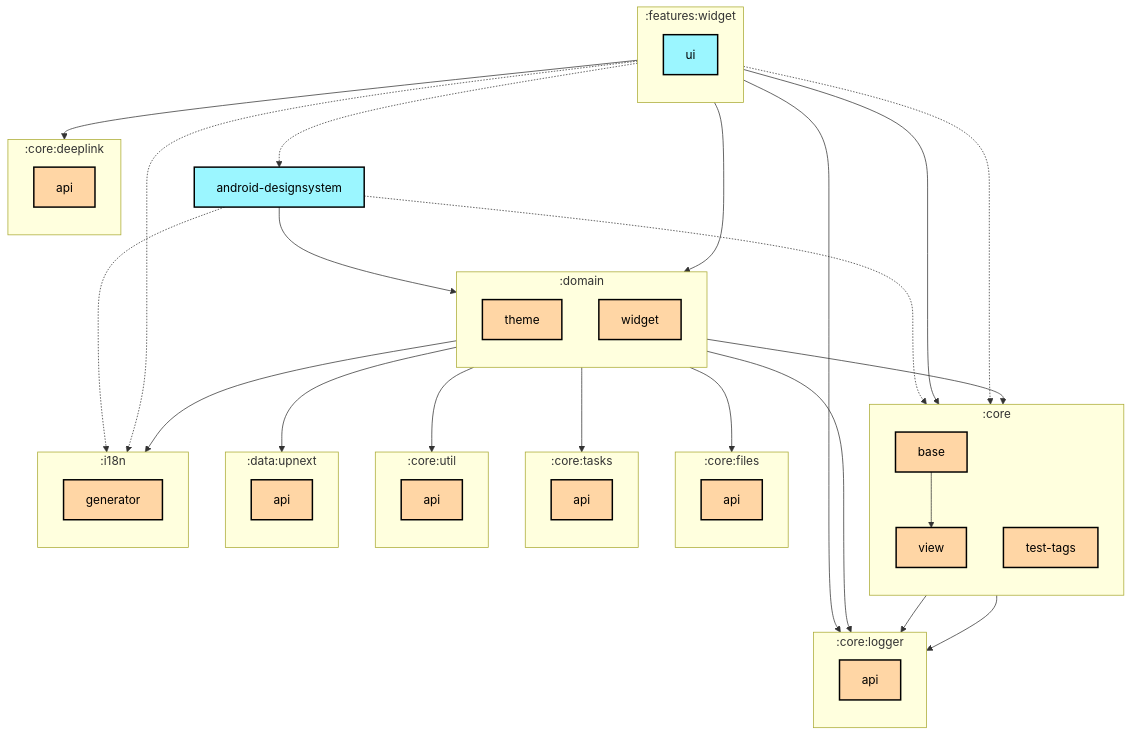
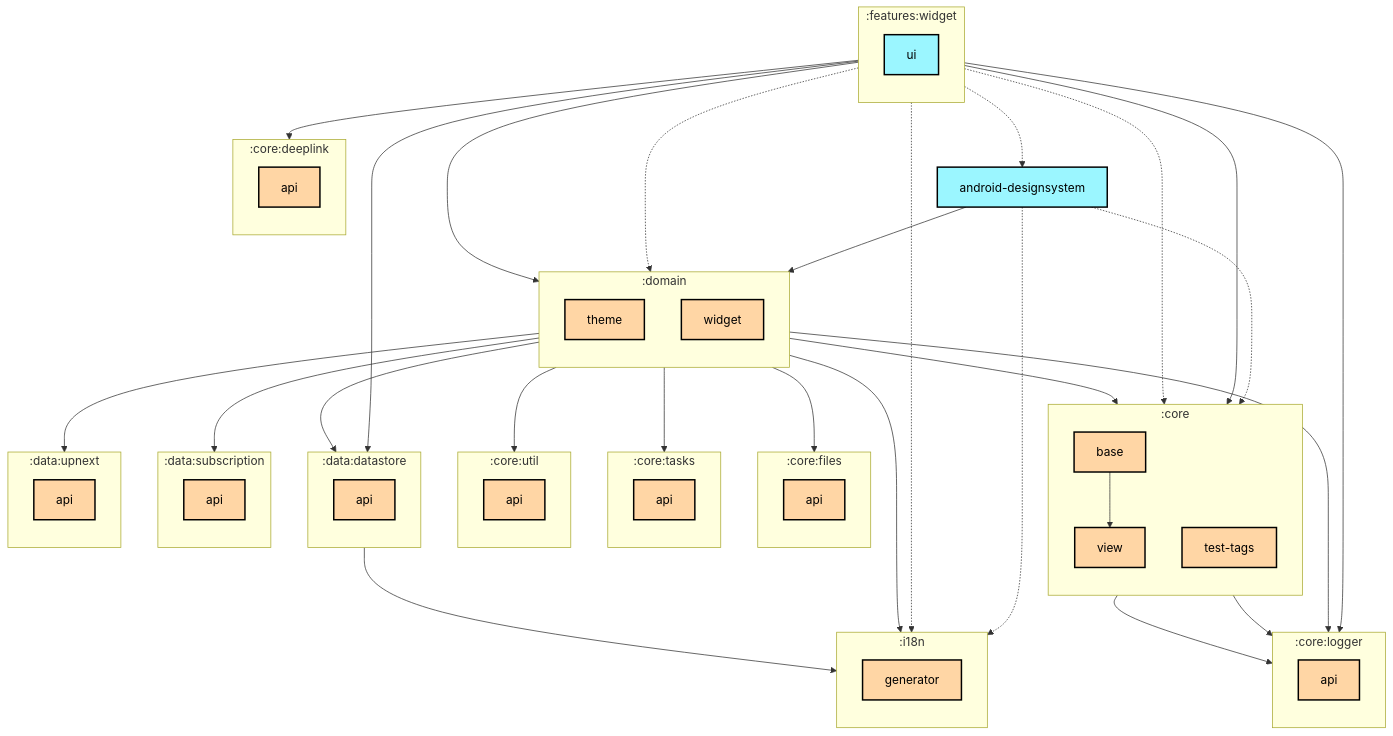
One commit to thomaskioko/tv-maniac changed the first of 2 diagrams in features/widget/ui/README.md. Above: the diagram before and after it, drawn with Mermaid. The commit also changed 80 other files, not shown here.

```diff
--- a/features/widget/ui/README.md
+++ b/features/widget/ui/README.md
@@ -32,6 +32,14 @@
     direction TB
     :core:util:api[api]:::multiplatform
   end
+  subgraph :data:datastore
+    direction TB
+    :data:datastore:api[api]:::multiplatform
+  end
+  subgraph :data:subscription
+    direction TB
+    :data:subscription:api[api]:::multiplatform
+  end
   subgraph :data:upnext
     direction TB
     :data:upnext:api[api]:::multiplatform
@@ -56,18 +64,23 @@
   :core:base --> :core:logger:api
   :core:base --> :core:view
   :core:view --> :core:logger:api
+  :data:datastore:api --> :i18n:generator
   :domain:theme --> :i18n:generator
   :domain:widget --> :core:base
   :domain:widget --> :core:files:api
   :domain:widget --> :core:logger:api
   :domain:widget --> :core:tasks:api
   :domain:widget --> :core:util:api
+  :domain:widget --> :data:datastore:api
+  :domain:widget --> :data:subscription:api
   :domain:widget --> :data:upnext:api
   :features:widget:ui -.-> :android-designsystem
   :features:widget:ui --> :core:base
   :features:widget:ui --> :core:deeplink:api
   :features:widget:ui --> :core:logger:api
   :features:widget:ui -.-> :core:test-tags
+  :features:widget:ui --> :data:datastore:api
+  :features:widget:ui -.-> :domain:theme
   :features:widget:ui --> :domain:widget
   :features:widget:ui -.-> :i18n:generator
 
```
